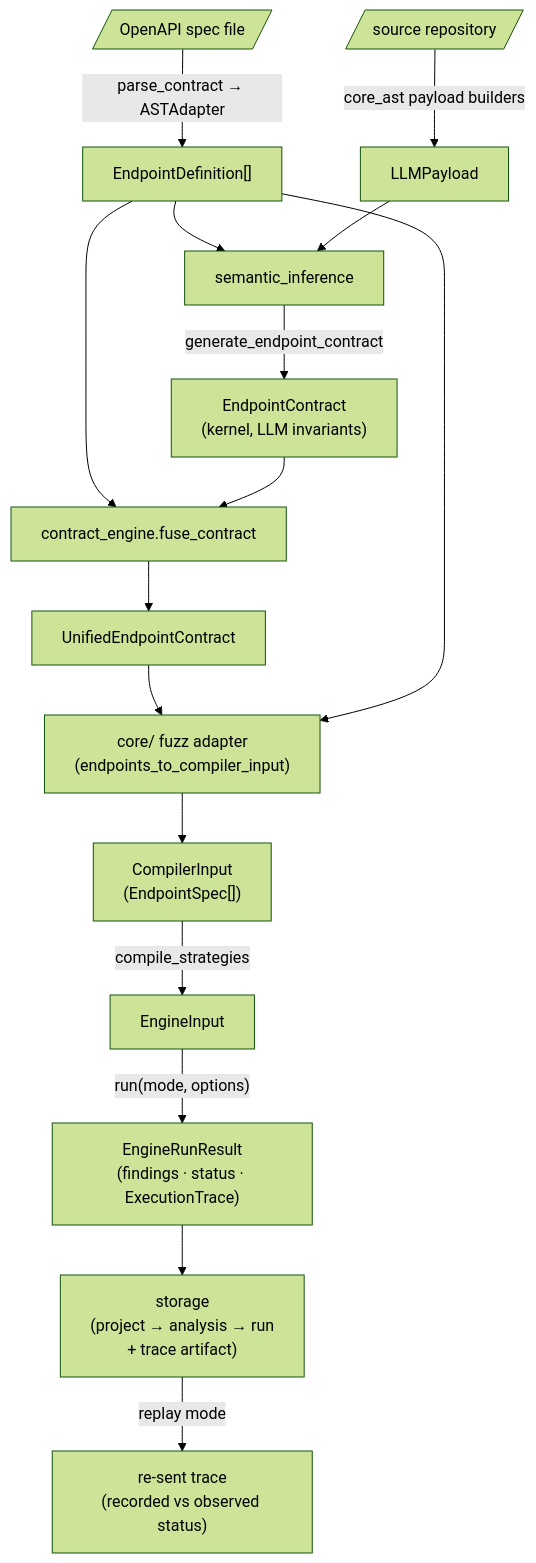
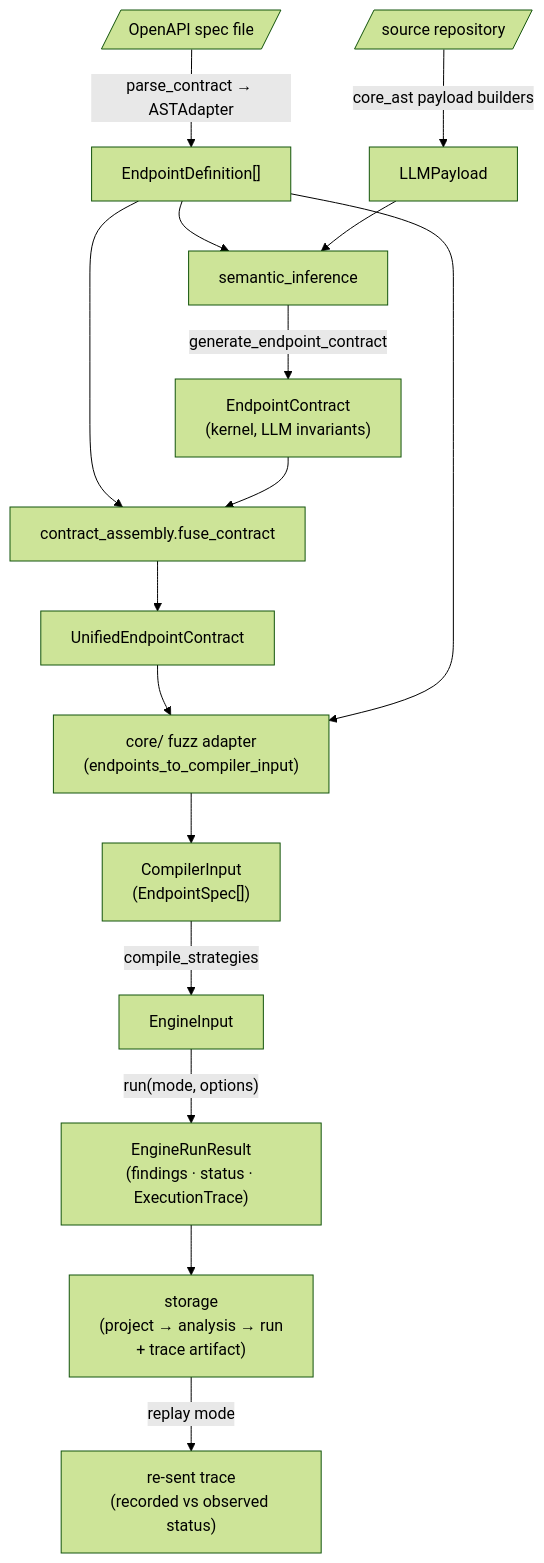
The diagram in docs/architecture/data-flow.md (Spec-Forge-Testing/specforge-docs), drawn with Mermaid (forest theme) before and after one commit. The commit also changed other lines of this file and 22 other files, not shown here.

Commit message:
docs(contract-assembly): the contract section is contract-assembly and ADR-064 records the rename

````diff
--- a/docs/architecture/data-flow.md
+++ b/docs/architecture/data-flow.md
@@ -13,26 +13,26 @@
 ```mermaid
 flowchart TD
     OAS[/OpenAPI spec file/]
     SRC[/source repository/]
 
     OAS -->|"parse_contract → ASTAdapter"| ED["EndpointDefinition[]"]
     SRC -->|"core_ast payload builders"| PAY["LLMPayload"]
 
     ED --> SI["semantic_inference"]
     PAY --> SI
     SI -->|"generate_endpoint_contract"| EC["EndpointContract<br/>(kernel, LLM invariants)"]
 
-    ED --> FUSE["contract_engine.fuse_contract"]
+    ED --> FUSE["contract_assembly.fuse_contract"]
     EC --> FUSE
     FUSE --> UEC["UnifiedEndpointContract"]
 
     UEC --> ADP["core/ fuzz adapter<br/>(endpoints_to_compiler_input)"]
     ED --> ADP
     ADP --> CI["CompilerInput<br/>(EndpointSpec[])"]
 
     CI -->|"compile_strategies"| EI["EngineInput"]
     EI -->|"run(mode, options)"| ERR["EngineRunResult<br/>(findings · status · ExecutionTrace)"]
 
     ERR --> PERS["storage<br/>(project → analysis → run<br/>+ trace artifact)"]
     PERS -->|"replay mode"| RE["re-sent trace<br/>(recorded vs observed status)"]
 ```
````
